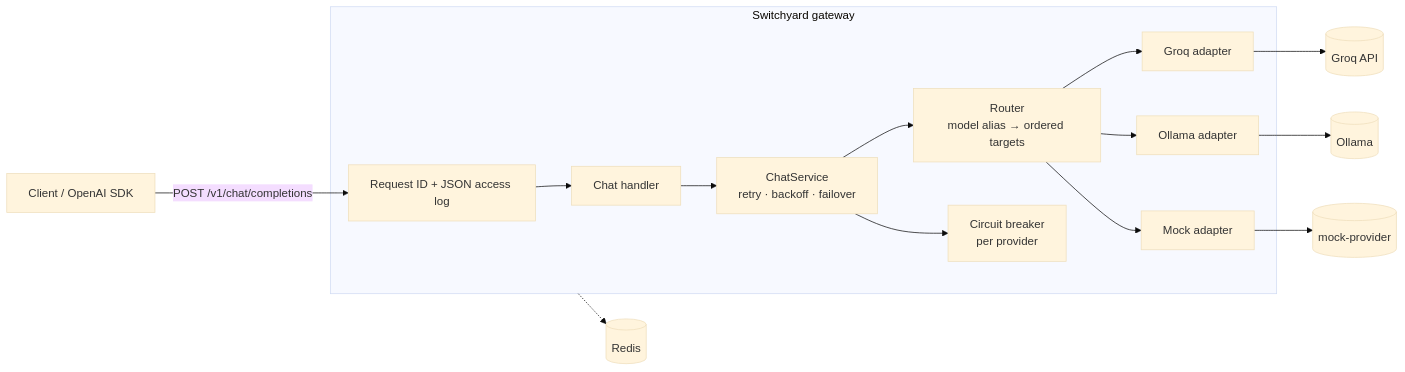
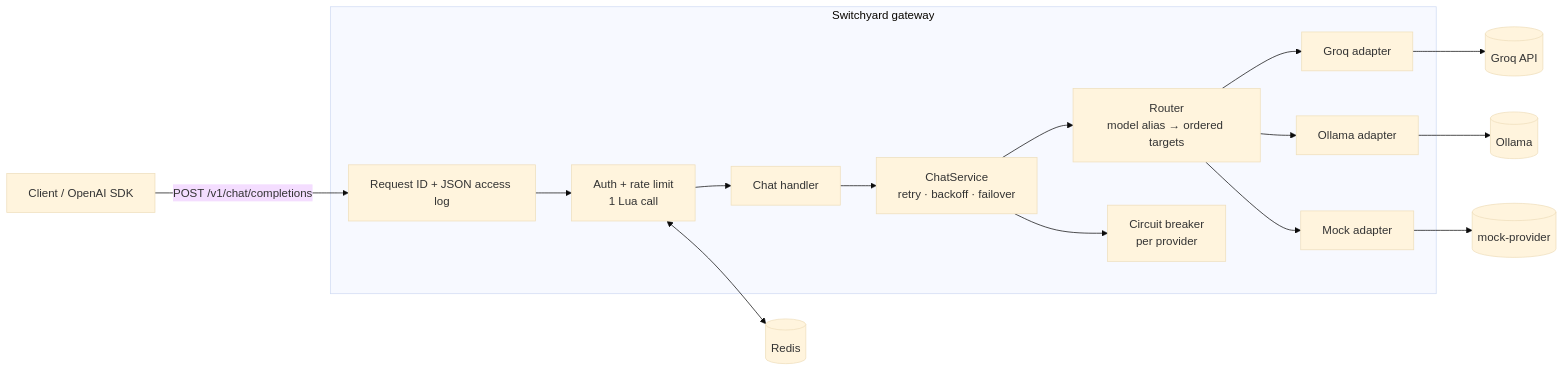
One commit to shaunak2202/switchyard changed the diagram in README.md. Above: the diagram before and after it, drawn with Mermaid (base theme). The commit also changed other lines of this file and 25 other files, not shown here.

````diff
--- a/README.md
+++ b/README.md
@@ -15,17 +15,18 @@
 ```mermaid
 flowchart LR
     C[Client / OpenAI SDK] -->|POST /v1/chat/completions| MW
     subgraph GW[Switchyard gateway]
-        MW[Request ID + JSON access log] --> H[Chat handler]
+        MW[Request ID + JSON access log] --> AU[Auth + rate limit<br/>1 Lua call]
+        AU --> H[Chat handler]
         H --> S[ChatService<br/>retry · backoff · failover]
         S --> R[Router<br/>model alias → ordered targets]
         S --> CB[Circuit breaker<br/>per provider]
         R --> A1[Groq adapter]
         R --> A2[Ollama adapter]
         R --> A3[Mock adapter]
     end
     A1 --> G[(Groq API)]
     A2 --> O[(Ollama)]
     A3 --> M[(mock-provider)]
-    GW -.-> RD[(Redis)]
+    AU <--> RD[(Redis)]
 ```
````
